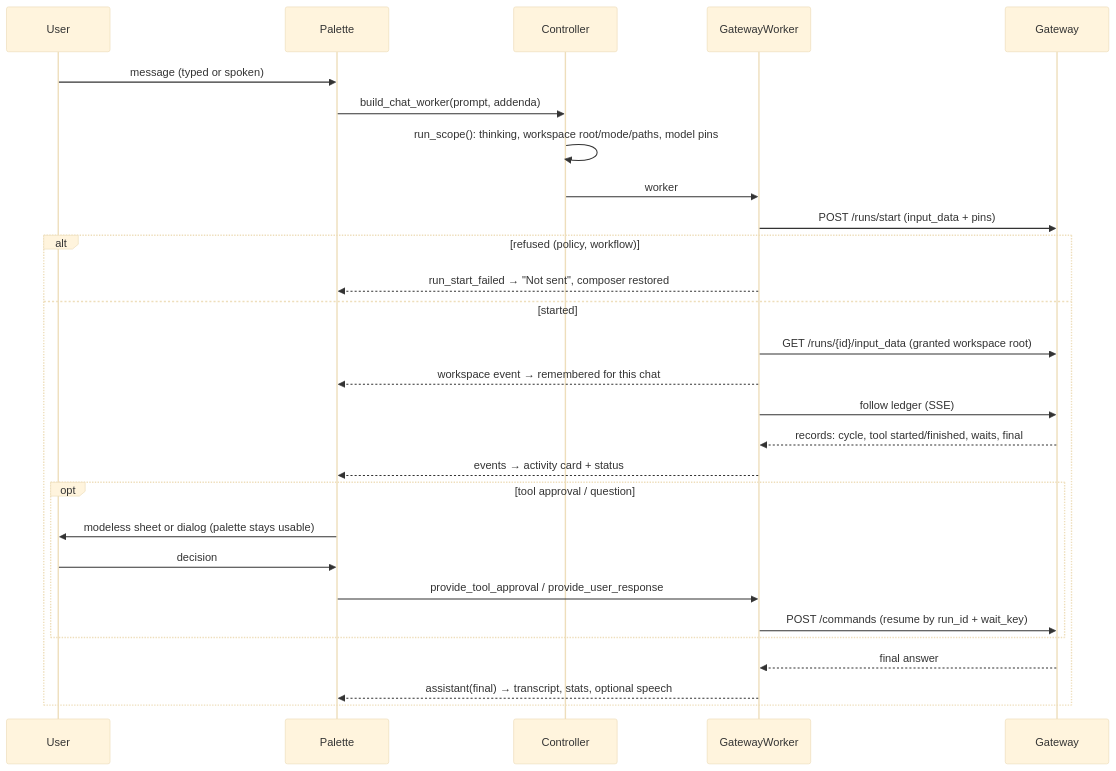
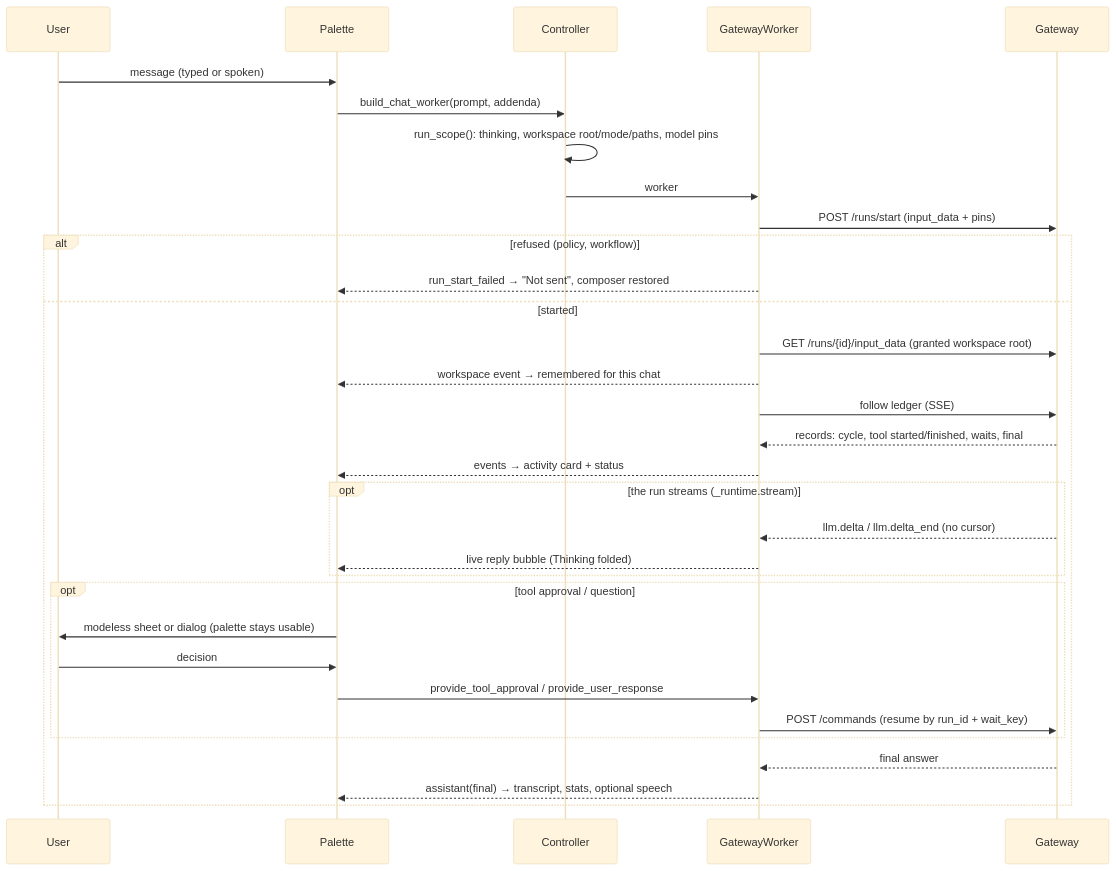
Before and after one commit to lpalbou/AbstractAssistant: the second of 3 diagrams in docs/architecture.md, drawn with Mermaid (base theme). The commit also changed other lines of this file and 13 other files, not shown here.

````diff
--- a/docs/architecture.md
+++ b/docs/architecture.md
@@ -76,30 +89,34 @@
 ```mermaid
 sequenceDiagram
   participant U as User
   participant P as Palette
   participant C as Controller
   participant W as GatewayWorker
   participant G as Gateway
   U->>P: message (typed or spoken)
   P->>C: build_chat_worker(prompt, addenda)
   C->>C: run_scope(): thinking, workspace root/mode/paths, model pins
   C->>W: worker
   W->>G: POST /runs/start (input_data + pins)
   alt refused (policy, workflow)
     W-->>P: run_start_failed → "Not sent", composer restored
   else started
     W->>G: GET /runs/{id}/input_data (granted workspace root)
     W-->>P: workspace event → remembered for this chat
     W->>G: follow ledger (SSE)
     G-->>W: records: cycle, tool started/finished, waits, final
     W-->>P: events → activity card + status
+    opt the run streams (_runtime.stream)
+      G-->>W: llm.delta / llm.delta_end (no cursor)
+      W-->>P: live reply bubble (Thinking folded)
+    end
     opt tool approval / question
       P->>U: modeless sheet or dialog (palette stays usable)
       U->>P: decision
       P->>W: provide_tool_approval / provide_user_response
       W->>G: POST /commands (resume by run_id + wait_key)
     end
     G-->>W: final answer
     W-->>P: assistant(final) → transcript, stats, optional speech
   end
 ```
````
